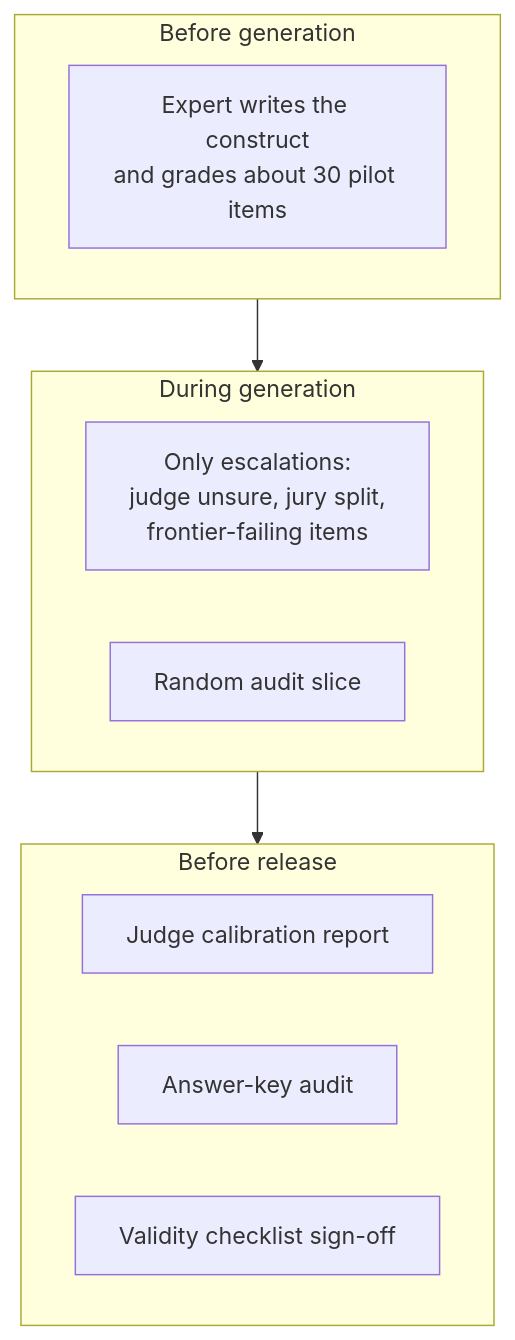
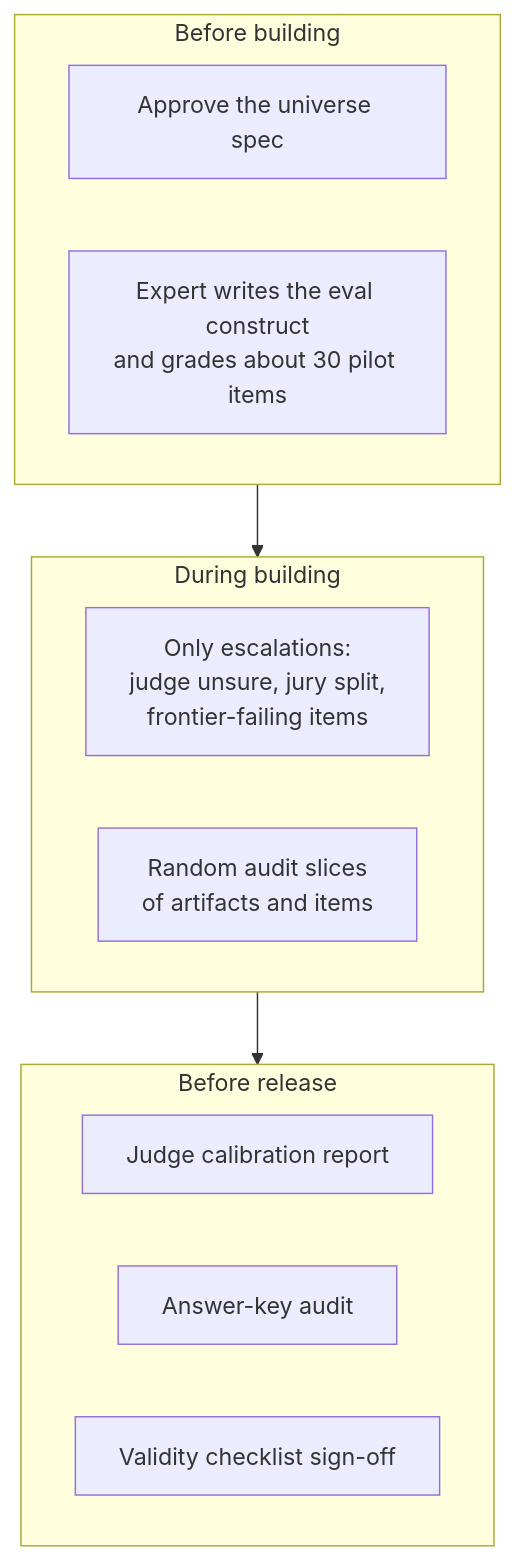
Before and after one commit to nbdesai1992/orbifex: diagram 15 of 17 in README.md, drawn with Mermaid. The commit also changed other lines of this file, not shown here.

````diff
--- a/README.md
+++ b/README.md
@@ -430,16 +482,17 @@
 ```mermaid
 flowchart TD
-  subgraph BEF["Before generation"]
-    H1["Expert writes the construct<br/>and grades about 30 pilot items"]
+  subgraph BEF["Before building"]
+    H0["Approve the universe spec"]
+    H1["Expert writes the eval construct<br/>and grades about 30 pilot items"]
   end
-  subgraph DUR["During generation"]
+  subgraph DUR["During building"]
     H2["Only escalations:<br/>judge unsure, jury split,<br/>frontier-failing items"]
-    H3["Random audit slice"]
+    H3["Random audit slices<br/>of artifacts and items"]
   end
   subgraph REL2["Before release"]
     H4["Judge calibration report"]
     H5["Answer-key audit"]
     H6["Validity checklist sign-off"]
   end
   BEF --> DUR --> REL2
 ```
````
